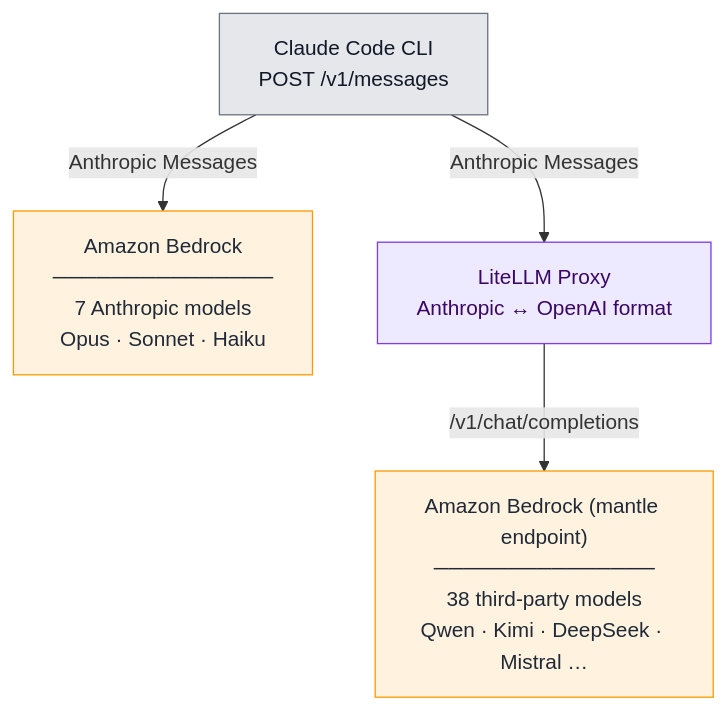
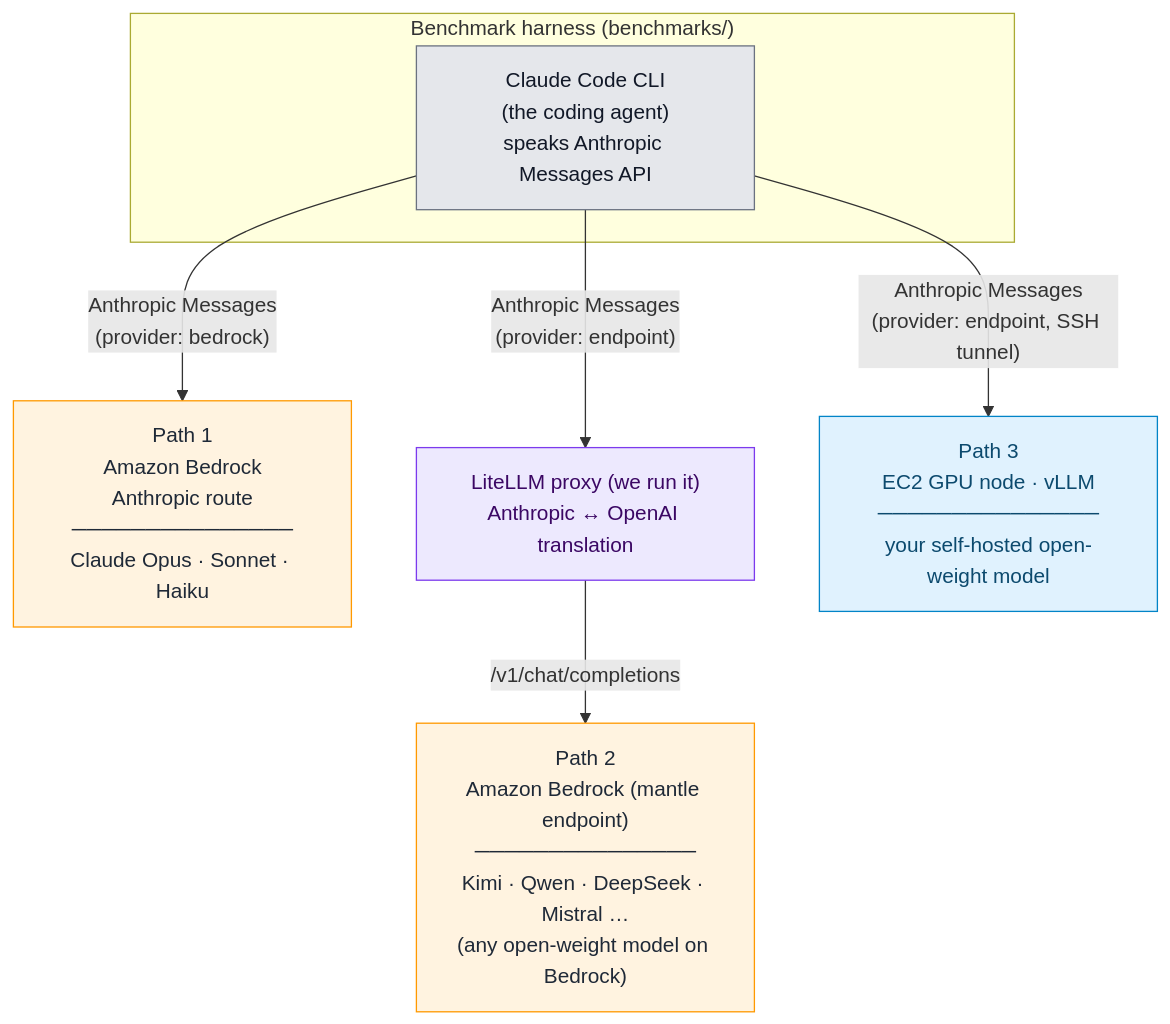
One commit to aws-samples/sample-claude-code-multi-model changed the first of 2 diagrams in README.md. Above: the diagram before and after it, drawn with Mermaid. The commit also changed other lines of this file and 20 other files, not shown here.

````diff
--- a/README.md
+++ b/README.md
@@ -101,21 +21,25 @@
 ```mermaid
 flowchart TD
-    CC["Claude Code CLI<br/>POST /v1/messages"]
-    Proxy["LiteLLM Proxy<br/>Anthropic ↔ OpenAI format"]
-    BedrockA["Amazon Bedrock<br/>───────────────<br/>7 Anthropic models<br/>Opus · Sonnet · Haiku"]
-    BedrockM["Amazon Bedrock (mantle endpoint)<br/>───────────────<br/>38 third-party models<br/>Qwen · Kimi · DeepSeek · Mistral …"]
-    SpacerL[" "]:::ghost
+    subgraph Harness["Benchmark harness (benchmarks/)"]
+        CC["Claude Code CLI<br/>(the coding agent)<br/>speaks Anthropic Messages API"]
+    end
 
-    CC -- "Anthropic Messages" --> BedrockA
-    CC -- "Anthropic Messages" --> Proxy
+    BedrockA["Path 1<br/>Amazon Bedrock<br/>Anthropic route<br/>───────────────<br/>Claude Opus · Sonnet · Haiku"]
+    Proxy["LiteLLM proxy (we run it)<br/>Anthropic ↔ OpenAI translation"]
+    BedrockM["Path 2<br/>Amazon Bedrock (mantle endpoint)<br/>───────────────<br/>Kimi · Qwen · DeepSeek · Mistral …<br/>(any open-weight model on Bedrock)"]
+    VLLM["Path 3<br/>EC2 GPU node · vLLM<br/>───────────────<br/>your self-hosted open-weight model"]
+
+    CC -- "Anthropic Messages<br/>(provider: bedrock)" --> BedrockA
+    CC -- "Anthropic Messages<br/>(provider: endpoint)" --> Proxy
     Proxy -- "/v1/chat/completions" --> BedrockM
-    BedrockA ~~~ SpacerL
+    CC -- "Anthropic Messages<br/>(provider: endpoint, SSH tunnel)" --> VLLM
 
     classDef agent fill:#E5E7EB,stroke:#6B7280,color:#111827
     classDef proxy fill:#EDE9FE,stroke:#7C3AED,color:#3B0764
     classDef bedrock fill:#FFF3E0,stroke:#FF9900,color:#1F2937
-    classDef ghost fill:none,stroke:none,color:#FFFFFF00
+    classDef ec2 fill:#E0F2FE,stroke:#0284C7,color:#0C4A6E
     class CC agent
     class Proxy proxy
     class BedrockA,BedrockM bedrock
+    class VLLM ec2
 ```
````
